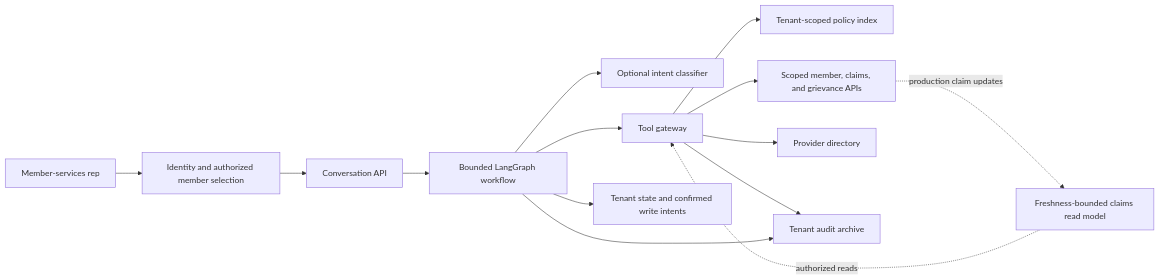
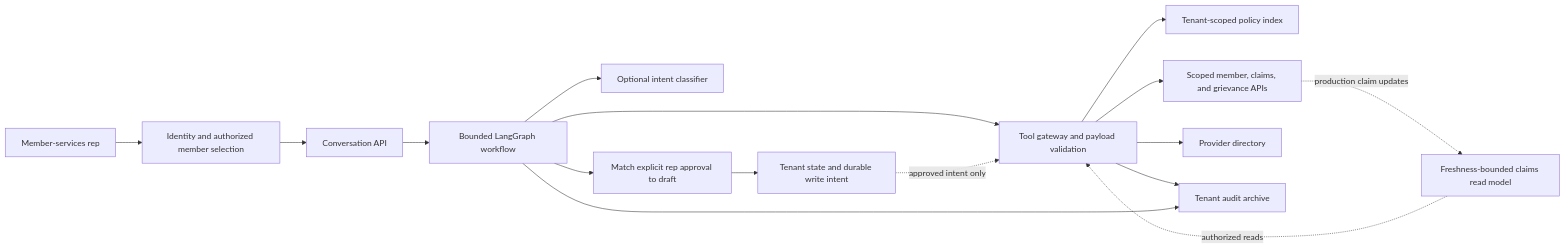
The diagram in docs/architecture.md (pardeeptiwari/governed-healthcare-ai-agent), drawn with Mermaid before and after one commit. The commit also changed 4 other files, not shown here.

````diff
--- a/docs/architecture.md
+++ b/docs/architecture.md
@@ -3,16 +3,18 @@
 ```mermaid
 flowchart LR
     Rep[Member-services rep] --> Identity[Identity and authorized member selection]
     Identity --> API[Conversation API]
     API --> Graph[Bounded LangGraph workflow]
     Graph --> Model[Optional intent classifier]
-    Graph --> Policy[Tool gateway]
+    Graph --> Policy[Tool gateway and payload validation]
     Policy --> KB[Tenant-scoped policy index]
     Policy --> APIs[Scoped member, claims, and grievance APIs]
     Policy --> Directory[Provider directory]
     APIs -. production claim updates .-> Projection[Freshness-bounded claims read model]
     Projection -. authorized reads .-> Policy
-    Graph --> State[Tenant state and confirmed write intents]
+    Graph --> Approval[Match explicit rep approval to draft]
+    Approval --> State[Tenant state and durable write intent]
+    State -. approved intent only .-> Policy
     Policy --> Audit[Tenant audit archive]
     Graph --> Audit
 ```
````
